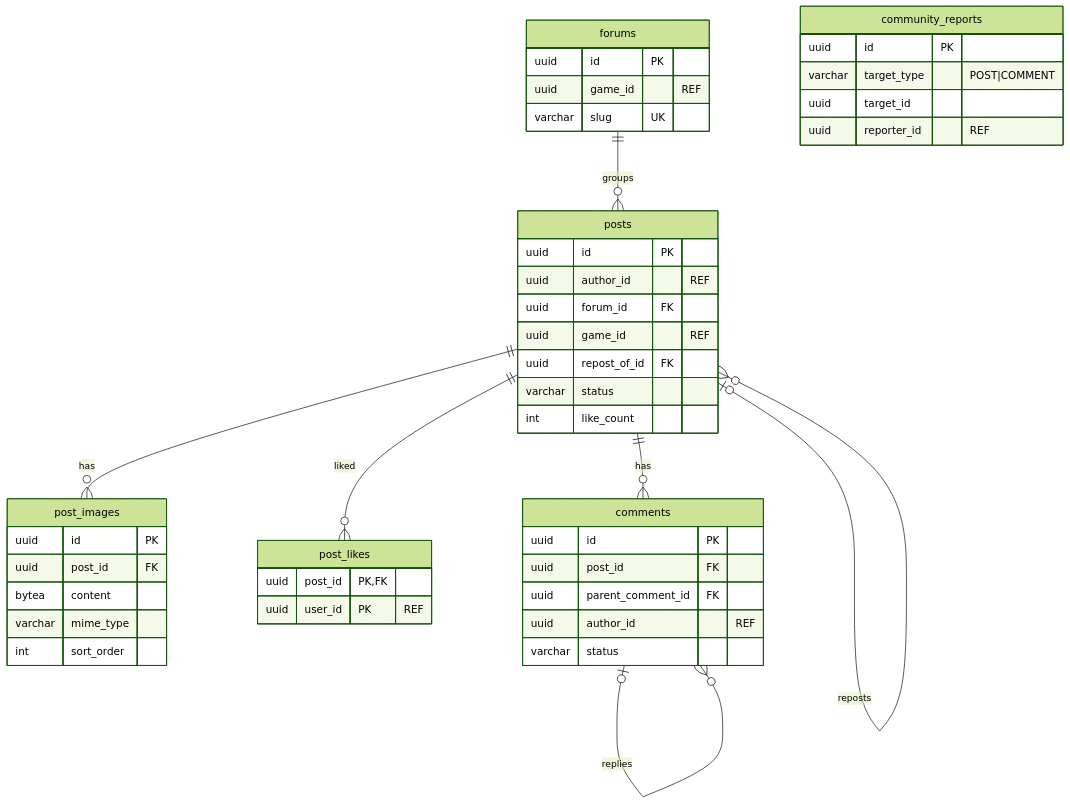
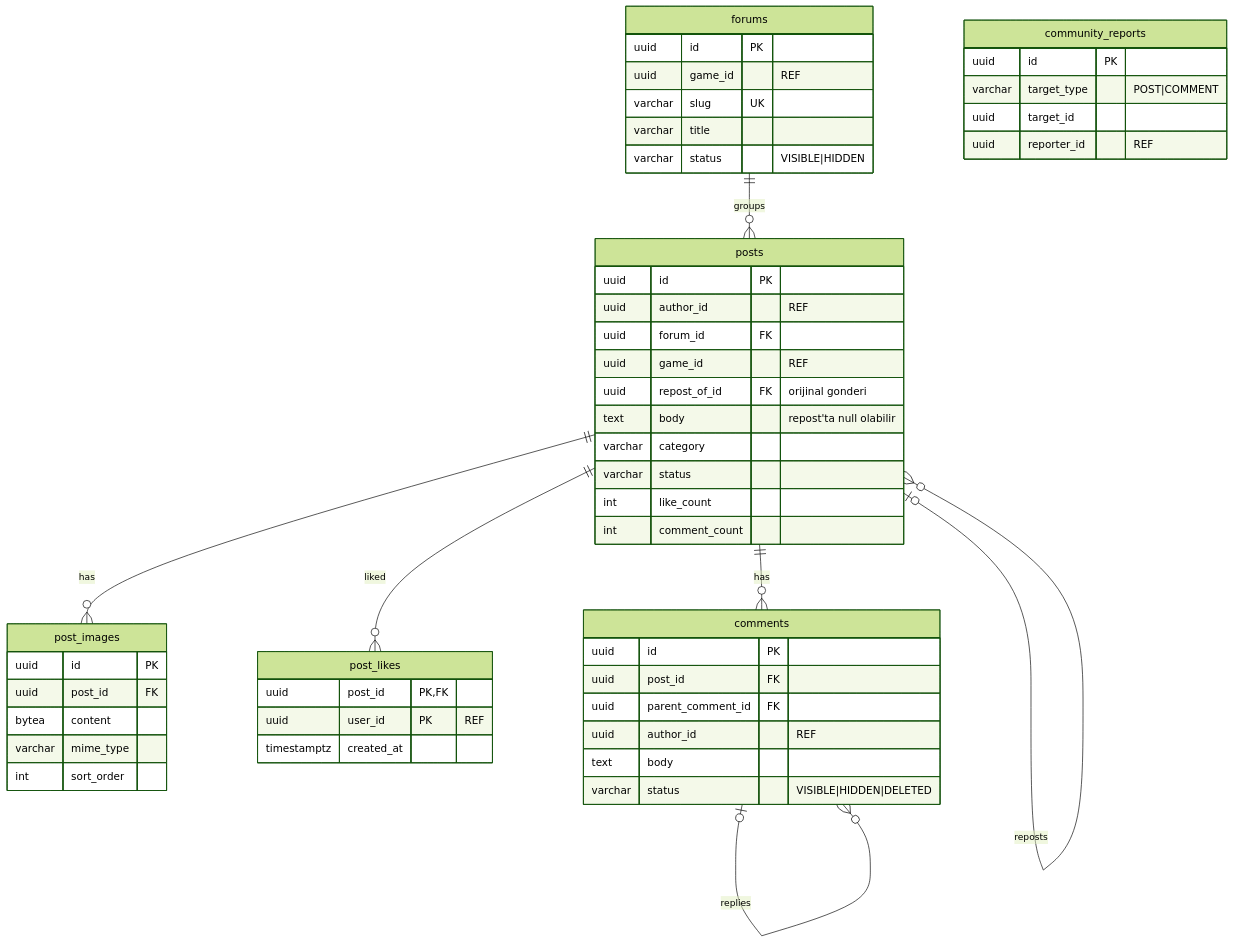
One commit to alperrte/lobbytwozero changed diagram 11 of 18 in docs/er-diagram.md. Above: the diagram before and after it, drawn with Mermaid (forest theme). The commit also changed 90 other files, not shown here.

````diff
--- a/docs/er-diagram.md
+++ b/docs/er-diagram.md
@@ -505,48 +505,55 @@
 ```mermaid
 erDiagram
   forums ||--o{ posts : groups
   posts ||--o{ post_images : has
   posts ||--o{ post_likes : liked
   posts ||--o{ comments : has
   comments |o--o{ comments : replies
   posts |o--o{ posts : reposts
 
   forums {
     uuid id PK
     uuid game_id "REF"
     varchar slug UK
+    varchar title
+    varchar status "VISIBLE|HIDDEN"
   }
   posts {
     uuid id PK
     uuid author_id "REF"
     uuid forum_id FK
     uuid game_id "REF"
-    uuid repost_of_id FK
+    uuid repost_of_id FK "orijinal gonderi"
+    text body "repost'ta null olabilir"
+    varchar category
     varchar status
     int like_count
+    int comment_count
   }
   post_images {
     uuid id PK
     uuid post_id FK
     bytea content
     varchar mime_type
     int sort_order
   }
   post_likes {
     uuid post_id PK,FK
     uuid user_id PK "REF"
+    timestamptz created_at
   }
   comments {
     uuid id PK
     uuid post_id FK
     uuid parent_comment_id FK
     uuid author_id "REF"
-    varchar status
+    text body
+    varchar status "VISIBLE|HIDDEN|DELETED"
   }
   community_reports {
     uuid id PK
     varchar target_type "POST|COMMENT"
     uuid target_id
     uuid reporter_id "REF"
   }
 ```
````
